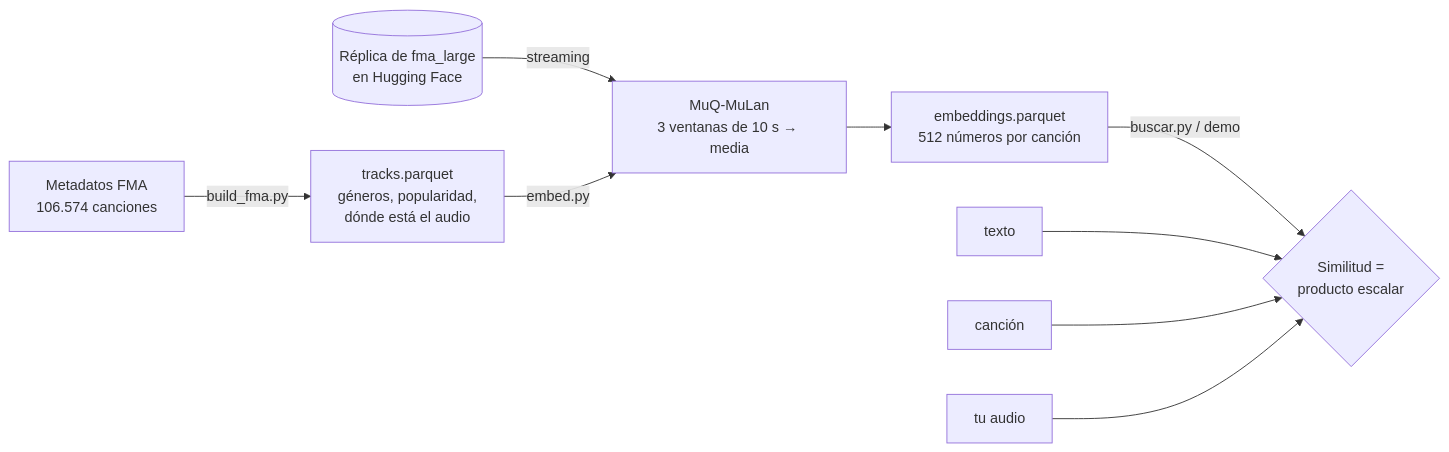
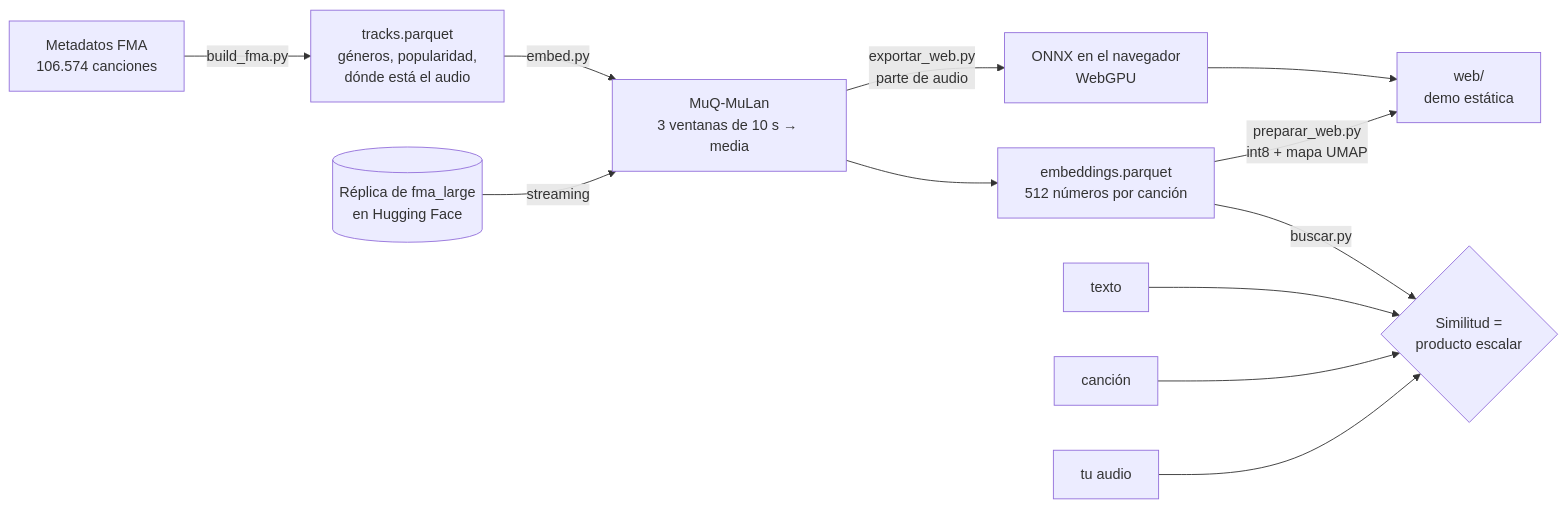
Before and after one commit to PGSCOM/music-similarity: the diagram in README.md, drawn with Mermaid. The commit also changed other lines of this file and 10 other files, not shown here.

Commit message:
Demo web con audio

````diff
--- a/README.md
+++ b/README.md
@@ -14,11 +15,14 @@
 ```mermaid
 flowchart LR
     A[Metadatos FMA<br/>106.574 canciones] -->|build_fma.py| B[tracks.parquet<br/>géneros, popularidad,<br/>dónde está el audio]
     M[(Réplica de fma_large<br/>en Hugging Face)] -->|streaming| E
     B -->|embed.py| E[MuQ-MuLan<br/>3 ventanas de 10 s → media]
     E --> V[embeddings.parquet<br/>512 números por canción]
-    V -->|buscar.py / demo| S{Similitud =<br/>producto escalar}
+    V -->|buscar.py| S{Similitud =<br/>producto escalar}
+    V -->|preparar_web.py<br/>int8 + mapa UMAP| W[web/<br/>demo estática]
+    E -->|exportar_web.py<br/>parte de audio| O[ONNX en el navegador<br/>WebGPU]
+    O --> W
     Q1[texto] --> S
     Q2[canción] --> S
     Q3[tu audio] --> S
 ```
````
